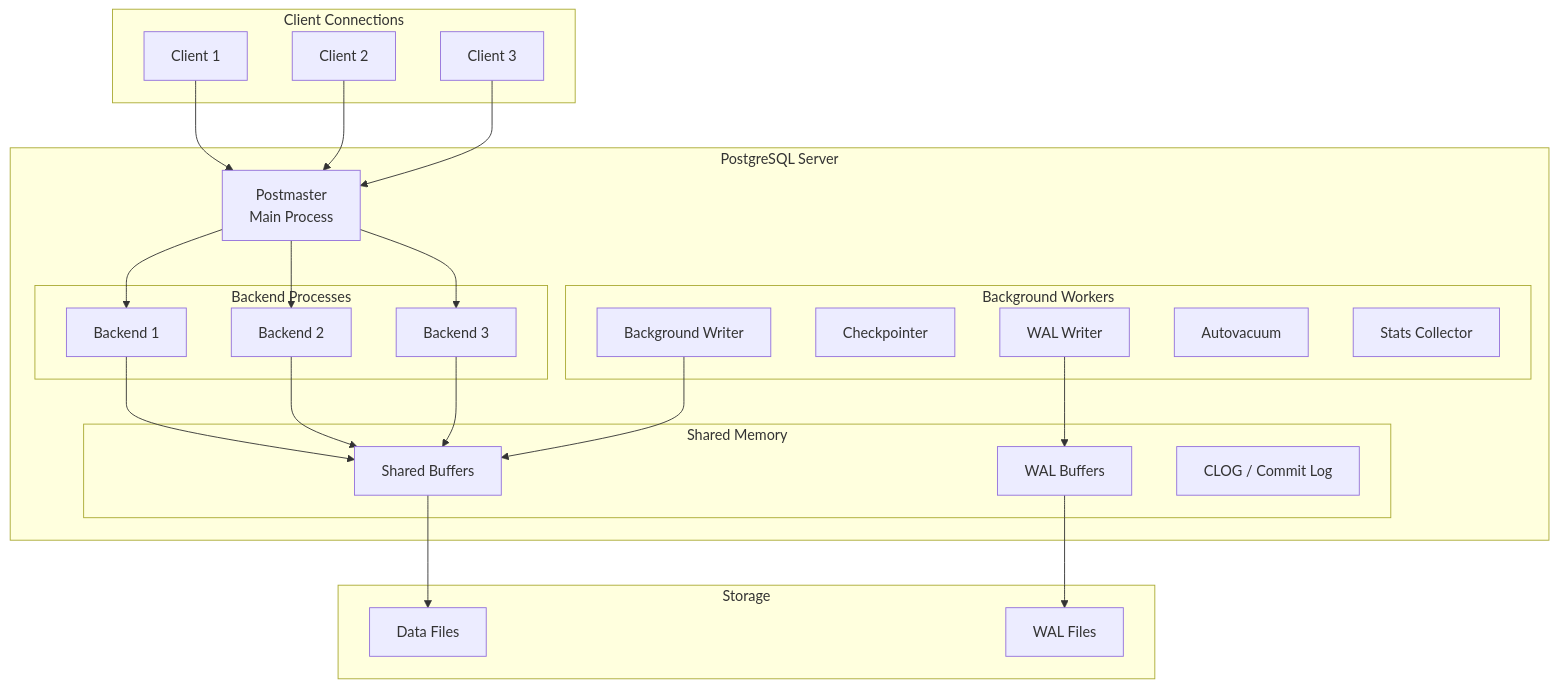
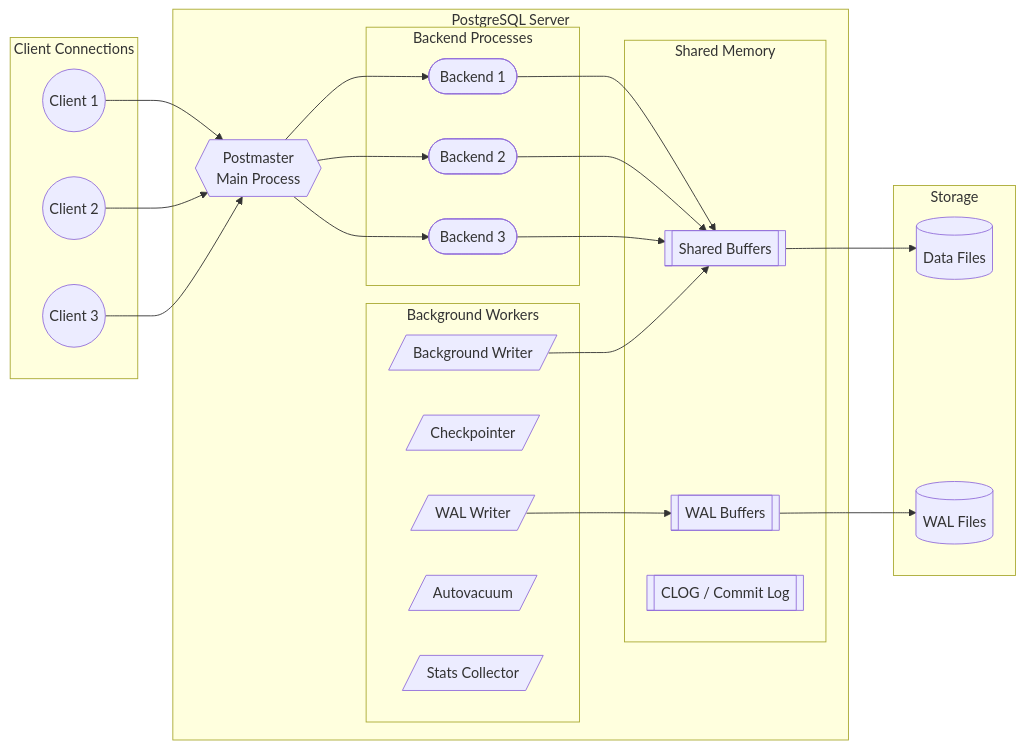
The first of 5 diagrams in docs/postgresql/postgresql.md (saivamsikaruturi/vamsilabs-dev-notes-main), drawn with Mermaid before and after one commit. The commit also changed other lines of this file and 146 other files, not shown here.

Commit message:
Horizontal diagrams, UML class diagrams, typography overhaul, and permalink cleanup

````diff
--- a/docs/postgresql/postgresql.md
+++ b/docs/postgresql/postgresql.md
@@ -11,51 +11,51 @@
 ```mermaid
-graph TB
+flowchart LR
     subgraph "Client Connections"
-        C1[Client 1]
-        C2[Client 2]
-        C3[Client 3]
+        C1(("Client 1"))
+        C2(("Client 2"))
+        C3(("Client 3"))
     end
 
     subgraph "PostgreSQL Server"
-        PM[Postmaster<br/>Main Process]
+        PM{{"Postmaster<br/>Main Process"}}
         
         subgraph "Backend Processes"
-            B1[Backend 1]
-            B2[Backend 2]
-            B3[Backend 3]
+            B1(["Backend 1"])
+            B2(["Backend 2"])
+            B3(["Backend 3"])
         end
         
         subgraph "Background Workers"
-            WAL[WAL Writer]
-            CP[Checkpointer]
-            BW[Background Writer]
-            AV[Autovacuum]
-            ST[Stats Collector]
+            WAL[/"WAL Writer"/]
+            CP[/"Checkpointer"/]
+            BW[/"Background Writer"/]
+            AV[/"Autovacuum"/]
+            ST[/"Stats Collector"/]
         end
         
         subgraph "Shared Memory"
-            SB[Shared Buffers]
-            WB[WAL Buffers]
-            CL[CLOG / Commit Log]
+            SB[["Shared Buffers"]]
+            WB[["WAL Buffers"]]
+            CL[["CLOG / Commit Log"]]
         end
     end
     
     subgraph "Storage"
-        DF[Data Files]
-        WF[WAL Files]
+        DF[("Data Files")]
+        WF[("WAL Files")]
     end
 
     C1 --> PM
     C2 --> PM
     C3 --> PM
     PM --> B1
     PM --> B2
     PM --> B3
     B1 --> SB
     B2 --> SB
     B3 --> SB
     WAL --> WB
     BW --> SB
     SB --> DF
     WB --> WF
 ```
````
